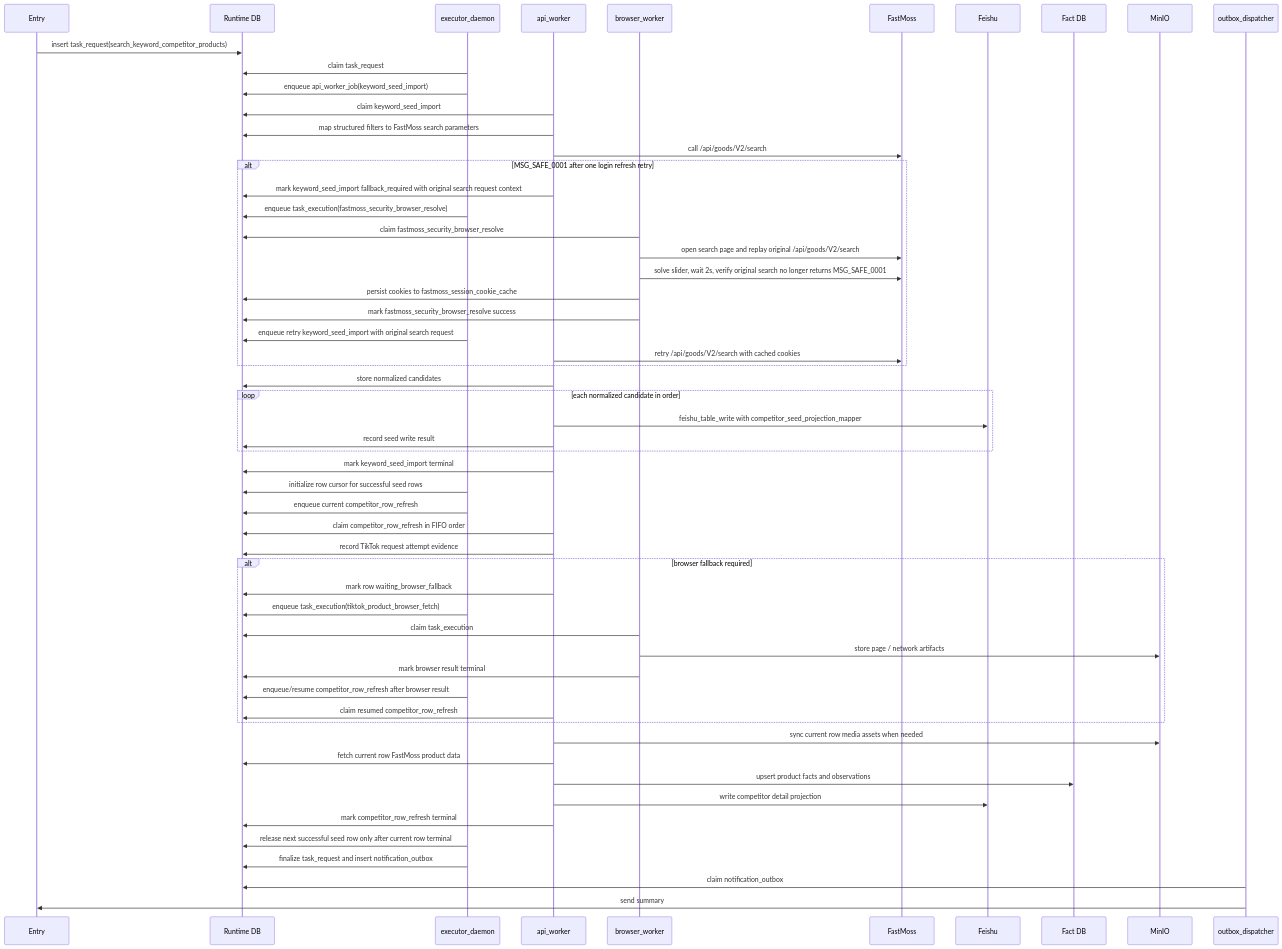
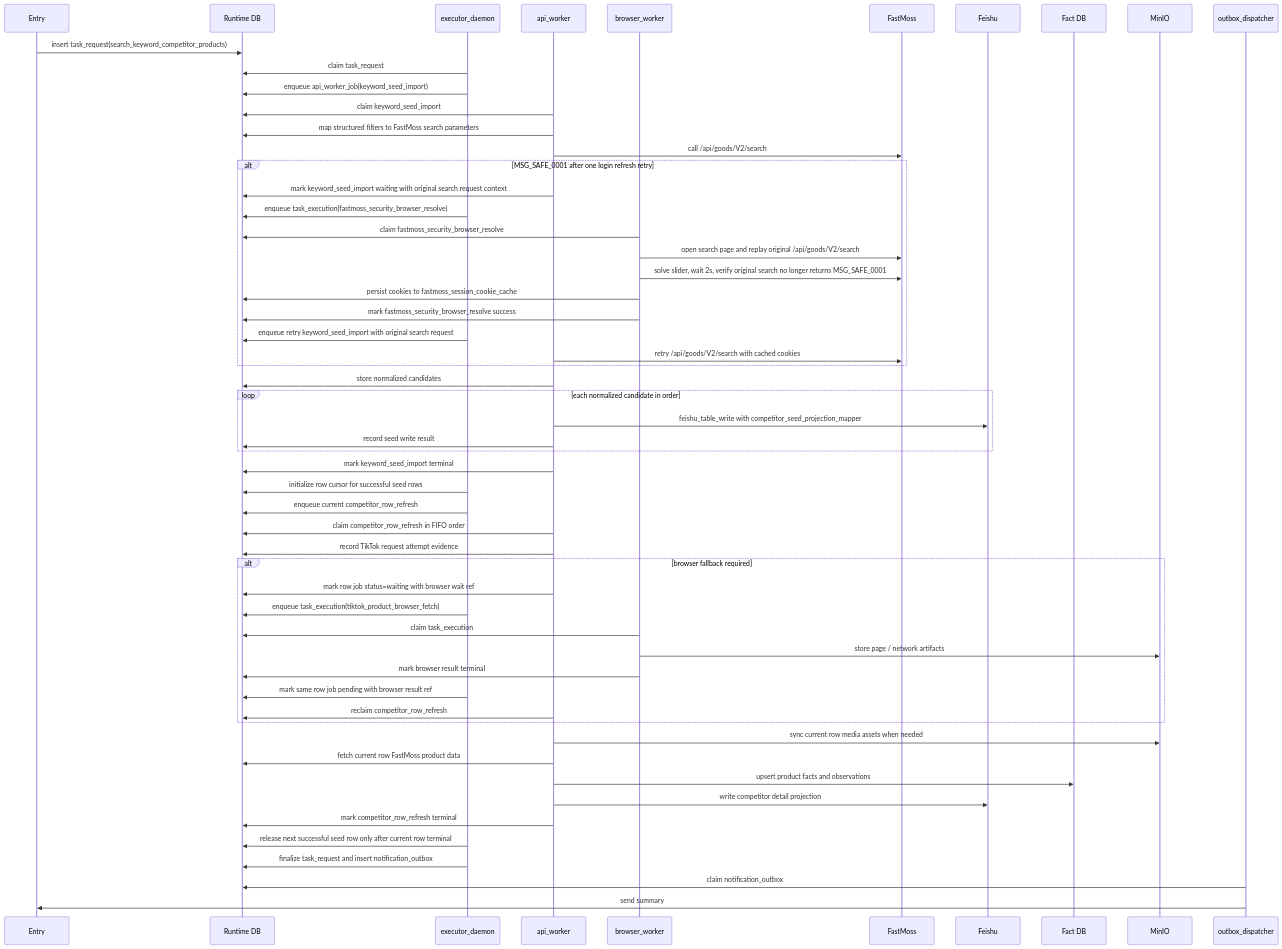
The fifth of 5 diagrams in docs/arch/workflow-competitor-table-design.md (knighterrantsky/mujitask), drawn with Mermaid before and after one commit. The commit also changed other lines of this file and 89 other files, not shown here.

Commit message:
refactor(runtime): remove resume fallback stages

````diff
--- a/docs/arch/workflow-competitor-table-design.md
+++ b/docs/arch/workflow-competitor-table-design.md
@@ -317,59 +318,59 @@
 ```mermaid
 sequenceDiagram
     participant Entry as Entry
     participant DB as Runtime DB
     participant Exec as executor_daemon
     participant API as api_worker
     participant Browser as browser_worker
     participant FastMoss as FastMoss
     participant Feishu as Feishu
     participant Fact as Fact DB
     participant Obj as MinIO
     participant Outbox as outbox_dispatcher
 
     Entry->>DB: insert task_request(search_keyword_competitor_products)
     Exec->>DB: claim task_request
     Exec->>DB: enqueue api_worker_job(keyword_seed_import)
     API->>DB: claim keyword_seed_import
     API->>DB: map structured filters to FastMoss search parameters
     API->>FastMoss: call /api/goods/V2/search
     alt MSG_SAFE_0001 after one login refresh retry
-        API->>DB: mark keyword_seed_import fallback_required with original search request context
+        API->>DB: mark keyword_seed_import waiting with original search request context
         Exec->>DB: enqueue task_execution(fastmoss_security_browser_resolve)
         Browser->>DB: claim fastmoss_security_browser_resolve
         Browser->>FastMoss: open search page and replay original /api/goods/V2/search
         Browser->>FastMoss: solve slider, wait 2s, verify original search no longer returns MSG_SAFE_0001
         Browser->>DB: persist cookies to fastmoss_session_cookie_cache
         Browser->>DB: mark fastmoss_security_browser_resolve success
         Exec->>DB: enqueue retry keyword_seed_import with original search request
         API->>FastMoss: retry /api/goods/V2/search with cached cookies
     end
     API->>DB: store normalized candidates
     loop each normalized candidate in order
         API->>Feishu: feishu_table_write with competitor_seed_projection_mapper
         API->>DB: record seed write result
     end
     API->>DB: mark keyword_seed_import terminal
     Exec->>DB: initialize row cursor for successful seed rows
     Exec->>DB: enqueue current competitor_row_refresh
     API->>DB: claim competitor_row_refresh in FIFO order
     API->>DB: record TikTok request attempt evidence
     alt browser fallback required
-        API->>DB: mark row waiting_browser_fallback
+        API->>DB: mark row job status=waiting with browser wait ref
         Exec->>DB: enqueue task_execution(tiktok_product_browser_fetch)
         Browser->>DB: claim task_execution
         Browser->>Obj: store page / network artifacts
         Browser->>DB: mark browser result terminal
-        Exec->>DB: enqueue/resume competitor_row_refresh after browser result
-        API->>DB: claim resumed competitor_row_refresh
+        Exec->>DB: mark same row job pending with browser result ref
+        API->>DB: reclaim competitor_row_refresh
     end
     API->>Obj: sync current row media assets when needed
     API->>DB: fetch current row FastMoss product data
     API->>Fact: upsert product facts and observations
     API->>Feishu: write competitor detail projection
     API->>DB: mark competitor_row_refresh terminal
     Exec->>DB: release next successful seed row only after current row terminal
     Exec->>DB: finalize task_request and insert notification_outbox
     Outbox->>DB: claim notification_outbox
     Outbox->>Entry: send summary
 ```
````
